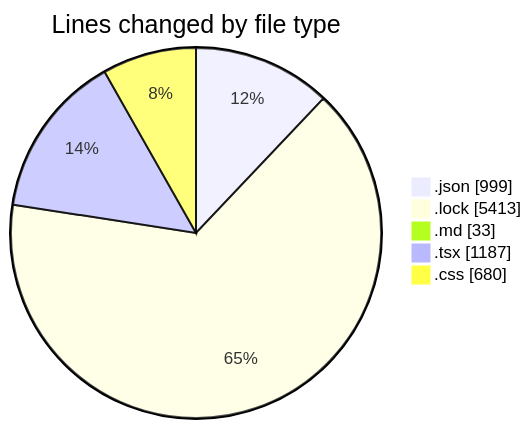
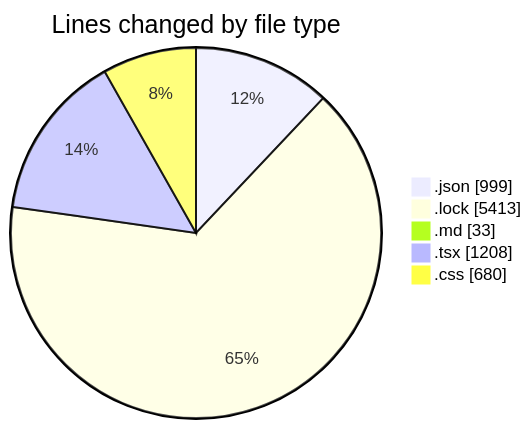
The first of 2 diagrams in 2025-08-11/ribbon/README.md (EIIisD/code-tracking), drawn with Mermaid before and after one commit. The commit also changed other lines of this file and 1 other file, not shown here.

````diff
--- a/2025-08-11/ribbon/README.md
+++ b/2025-08-11/ribbon/README.md
@@ -40,9 +40,9 @@
 ```mermaid
 pie showData
 title Lines changed by file type
 ".json" : 999
 ".lock" : 5413
 ".md" : 33
-".tsx" : 1187
+".tsx" : 1208
 ".css" : 680
 ```
````
